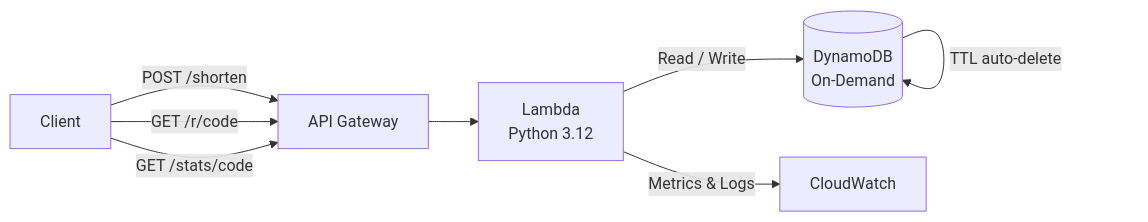
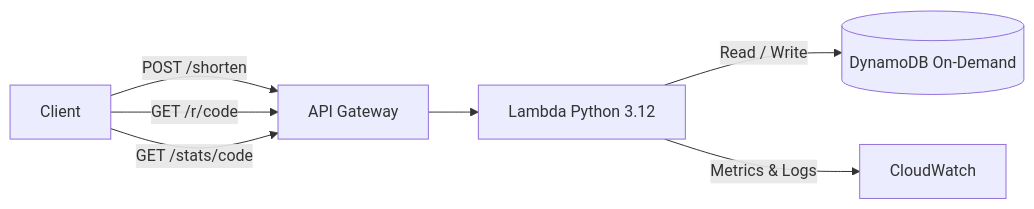
One commit to nexusites/aws-url-shortener changed the diagram in README.md. Above: the diagram before and after it, drawn with Mermaid. The commit also changed other lines of this file, not shown here.

````diff
--- a/README.md
+++ b/README.md
@@ -15,10 +16,9 @@
 ```mermaid
 graph LR
     Client -->|POST /shorten| APIGW[API Gateway]
     Client -->|GET /r/code| APIGW
     Client -->|GET /stats/code| APIGW
-    APIGW --> Lambda[Lambda\nPython 3.12]
-    Lambda -->|Read / Write| DDB[(DynamoDB\nOn-Demand)]
+    APIGW --> Lambda[Lambda Python 3.12]
+    Lambda -->|Read / Write| DDB[(DynamoDB On-Demand)]
     Lambda -->|Metrics & Logs| CW[CloudWatch]
-    DDB -->|TTL auto-delete| DDB
 ```
````
